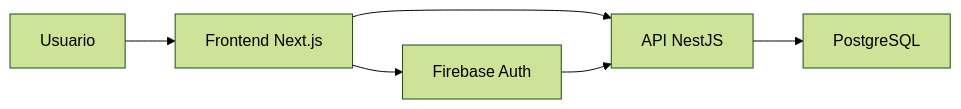
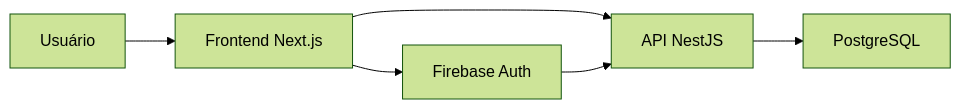
One commit to joaojuniorbr/etnos changed the first of 2 diagrams in docs-site/docs/auth-architecture.md. Above: the diagram before and after it, drawn with Mermaid (forest theme). The commit also changed other lines of this file and 18 other files, not shown here.

````diff
--- a/docs-site/docs/auth-architecture.md
+++ b/docs-site/docs/auth-architecture.md
@@ -19,8 +22,8 @@
 ```mermaid
 flowchart LR
-    A["Usuario"] --> B["Frontend Next.js"]
+    A["Usuário"] --> B["Frontend Next.js"]
     B --> C["Firebase Auth"]
     B --> D["API NestJS"]
     C --> D
     D --> E["PostgreSQL"]
 ```
````
